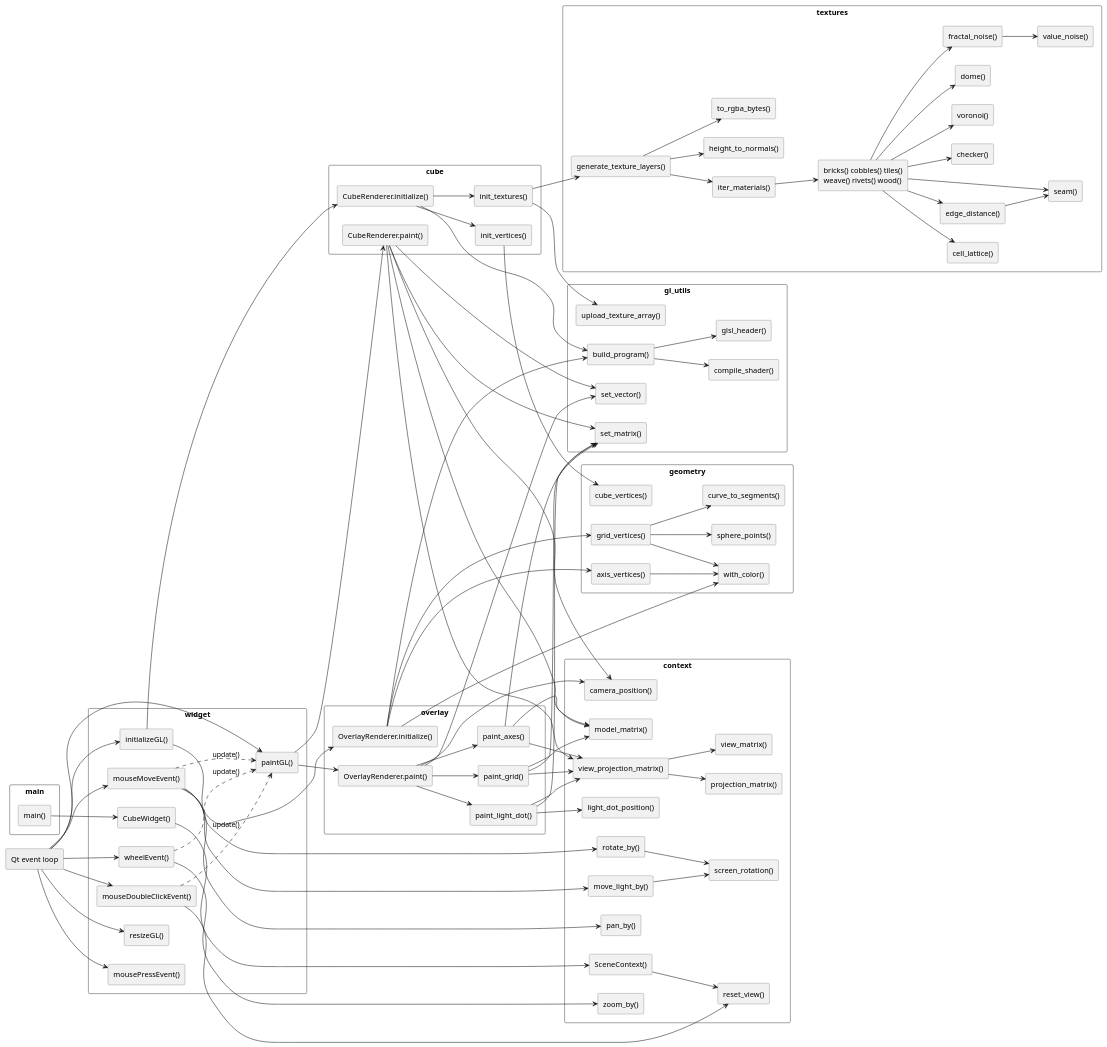
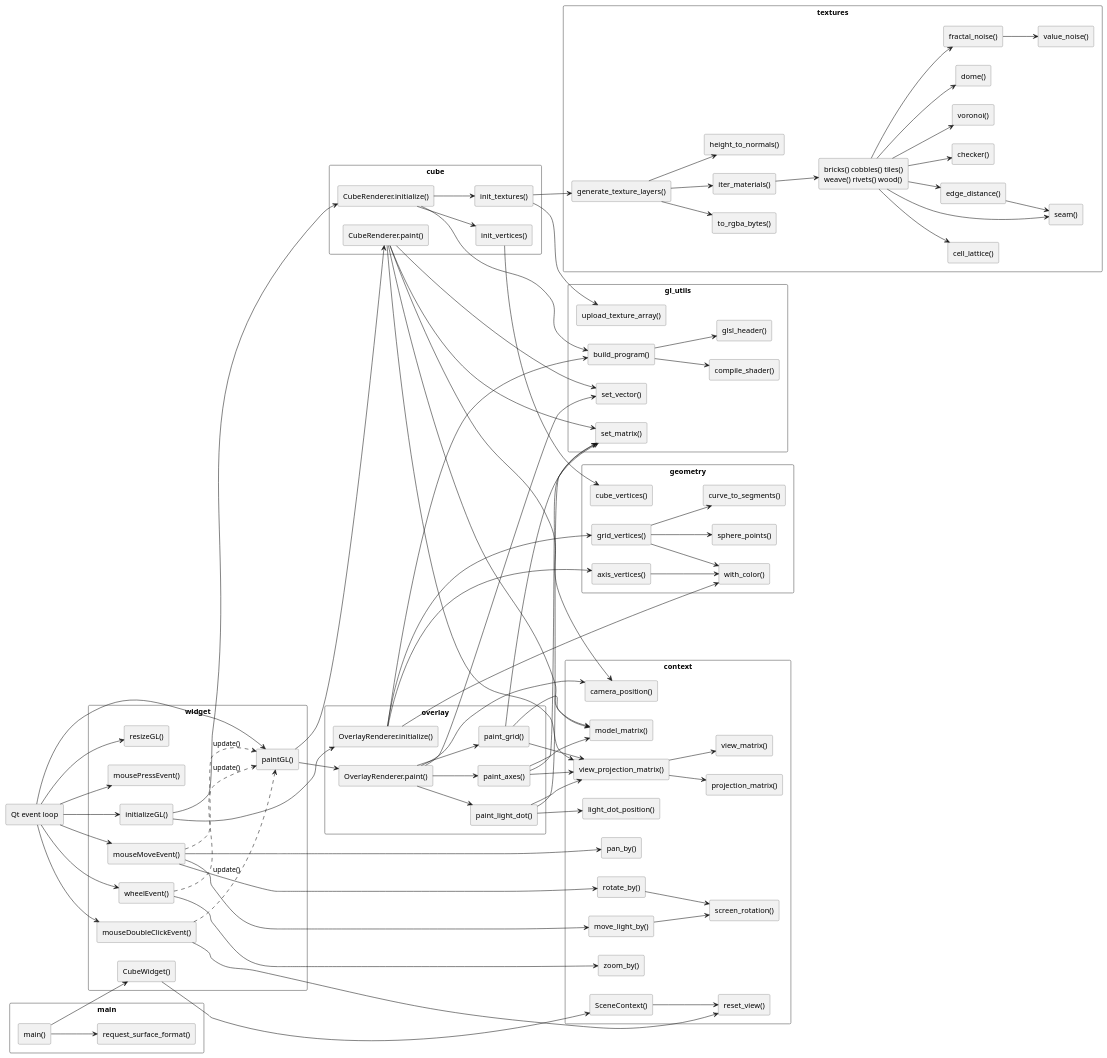
The diagram in docs/diagrams/calls.puml (esba1ley/opengl_python_qt6_test), drawn with PlantUML before and after one commit. The commit also changed 5 other files, not shown here.

Commit message:
refactor(main): factor the surface-format request into one function

```diff
--- a/docs/diagrams/calls.puml
+++ b/docs/diagrams/calls.puml
@@ -1,172 +1,174 @@
 @startuml calls
 ' Call graph, hand-drawn: every function reachable from main(), grouped by
 ' module. selftest is omitted, and the small texture helpers (smoothstep, mix,
 ' uv_grid) are folded into the generators that use them. Keep in step with
 ' src/; see .claude/CLAUDE.md.
 left to right direction
 skinparam shadowing false
 skinparam rectangleBorderColor #555555
 skinparam packageStyle rectangle
 
 rectangle "Qt event loop" as qt #EEEEEE
 
 package main {
   rectangle "main()" as main_main
+  rectangle "request_surface_format()" as main_fmt
 }
 
 package widget {
   rectangle "CubeWidget()" as w_init
   rectangle "initializeGL()" as w_initgl
   rectangle "resizeGL()" as w_resize
   rectangle "paintGL()" as w_paint
   rectangle "mousePressEvent()" as w_press
   rectangle "mouseMoveEvent()" as w_move
   rectangle "wheelEvent()" as w_wheel
   rectangle "mouseDoubleClickEvent()" as w_dbl
 }
 
 package context {
   rectangle "SceneContext()" as c_init
   rectangle "reset_view()" as c_reset
   rectangle "rotate_by()" as c_rot
   rectangle "move_light_by()" as c_light
   rectangle "pan_by()" as c_pan
   rectangle "zoom_by()" as c_zoom
   rectangle "screen_rotation()" as c_screen
   rectangle "model_matrix()" as c_model
   rectangle "view_projection_matrix()" as c_vp
   rectangle "view_matrix()" as c_view
   rectangle "projection_matrix()" as c_proj
   rectangle "camera_position()" as c_cam
   rectangle "light_dot_position()" as c_dot
 }
 
 package cube {
   rectangle "CubeRenderer.initialize()" as k_init
   rectangle "init_textures()" as k_tex
   rectangle "init_vertices()" as k_vert
   rectangle "CubeRenderer.paint()" as k_paint
 }
 
 package overlay {
   rectangle "OverlayRenderer.initialize()" as o_init
   rectangle "OverlayRenderer.paint()" as o_paint
   rectangle "paint_grid()" as o_grid
   rectangle "paint_axes()" as o_axes
   rectangle "paint_light_dot()" as o_dot
 }
 
 package gl_utils {
   rectangle "build_program()" as g_build
   rectangle "compile_shader()" as g_compile
   rectangle "glsl_header()" as g_header
   rectangle "upload_texture_array()" as g_upload
   rectangle "set_matrix()" as g_mat
   rectangle "set_vector()" as g_vec
 }
 
 package geometry {
   rectangle "cube_vertices()" as ge_cube
   rectangle "grid_vertices()" as ge_grid
   rectangle "axis_vertices()" as ge_axes
   rectangle "sphere_points()" as ge_sphere
   rectangle "curve_to_segments()" as ge_segs
   rectangle "with_color()" as ge_color
 }
 
 package textures {
   rectangle "generate_texture_layers()" as t_gen
   rectangle "iter_materials()" as t_iter
   rectangle "bricks() cobbles() tiles()\nweave() rivets() wood()" as t_mats
   rectangle "cell_lattice()" as t_lattice
   rectangle "edge_distance()" as t_edge
   rectangle "seam()" as t_seam
   rectangle "checker()" as t_checker
   rectangle "voronoi()" as t_voronoi
   rectangle "dome()" as t_dome
   rectangle "fractal_noise()" as t_fractal
   rectangle "value_noise()" as t_value
   rectangle "height_to_normals()" as t_normals
   rectangle "to_rgba_bytes()" as t_rgba
 }
 
 ' --- startup ---
+main_main --> main_fmt
 main_main --> w_init
 w_init --> c_init
 c_init --> c_reset
 qt --> w_initgl
 qt --> w_resize
 w_initgl --> k_init
 w_initgl --> o_init
 k_init --> g_build
 k_init --> k_tex
 k_init --> k_vert
 g_build --> g_header
 g_build --> g_compile
 k_tex --> t_gen
 k_tex --> g_upload
 k_vert --> ge_cube
 t_gen --> t_iter
 t_iter --> t_mats
 t_gen --> t_normals
 t_gen --> t_rgba
 t_mats --> t_lattice
 t_mats --> t_edge
 t_mats --> t_seam
 t_mats --> t_checker
 t_mats --> t_voronoi
 t_mats --> t_dome
 t_mats --> t_fractal
 t_edge --> t_seam
 t_fractal --> t_value
 o_init --> g_build
 o_init --> ge_grid
 o_init --> ge_axes
 o_init --> ge_color
 ge_grid --> ge_sphere
 ge_grid --> ge_segs
 ge_grid --> ge_color
 ge_axes --> ge_color
 
 ' --- each frame ---
 qt --> w_paint
 w_paint --> k_paint
 w_paint --> o_paint
 k_paint --> c_model
 k_paint --> c_vp
 k_paint --> c_cam
 k_paint --> g_mat
 k_paint --> g_vec
 o_paint --> c_cam
 o_paint --> g_vec
 o_paint --> o_grid
 o_paint --> o_axes
 o_paint --> o_dot
 o_grid --> c_model
 o_grid --> c_vp
 o_grid --> g_mat
 o_axes --> c_model
 o_axes --> c_vp
 o_axes --> g_mat
 o_dot --> c_dot
 o_dot --> c_vp
 o_dot --> g_mat
 c_vp --> c_view
 c_vp --> c_proj
 
 ' --- mouse ---
 qt --> w_press
 qt --> w_move
 qt --> w_wheel
 qt --> w_dbl
 w_move --> c_rot
 w_move --> c_light
 w_move --> c_pan
 w_wheel --> c_zoom
 w_dbl --> c_reset
 c_rot --> c_screen
 c_light --> c_screen
 w_move ..> w_paint : update()
 w_wheel ..> w_paint : update()
 w_dbl ..> w_paint : update()
 @enduml
```
